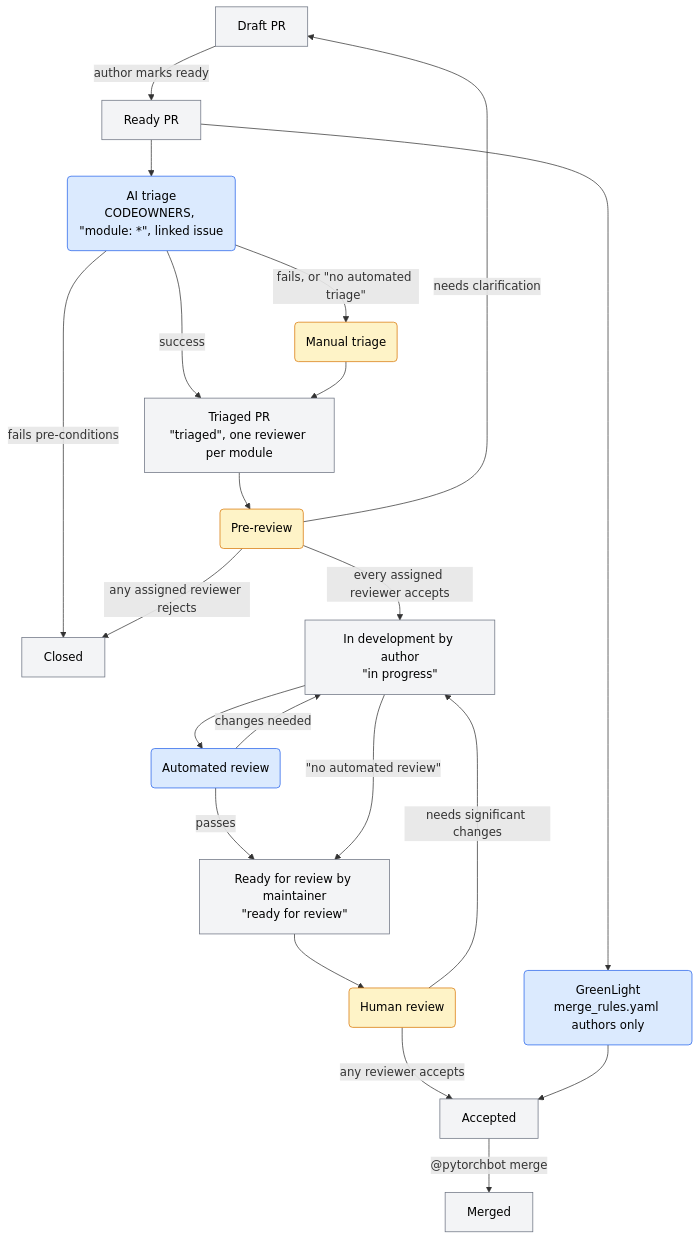
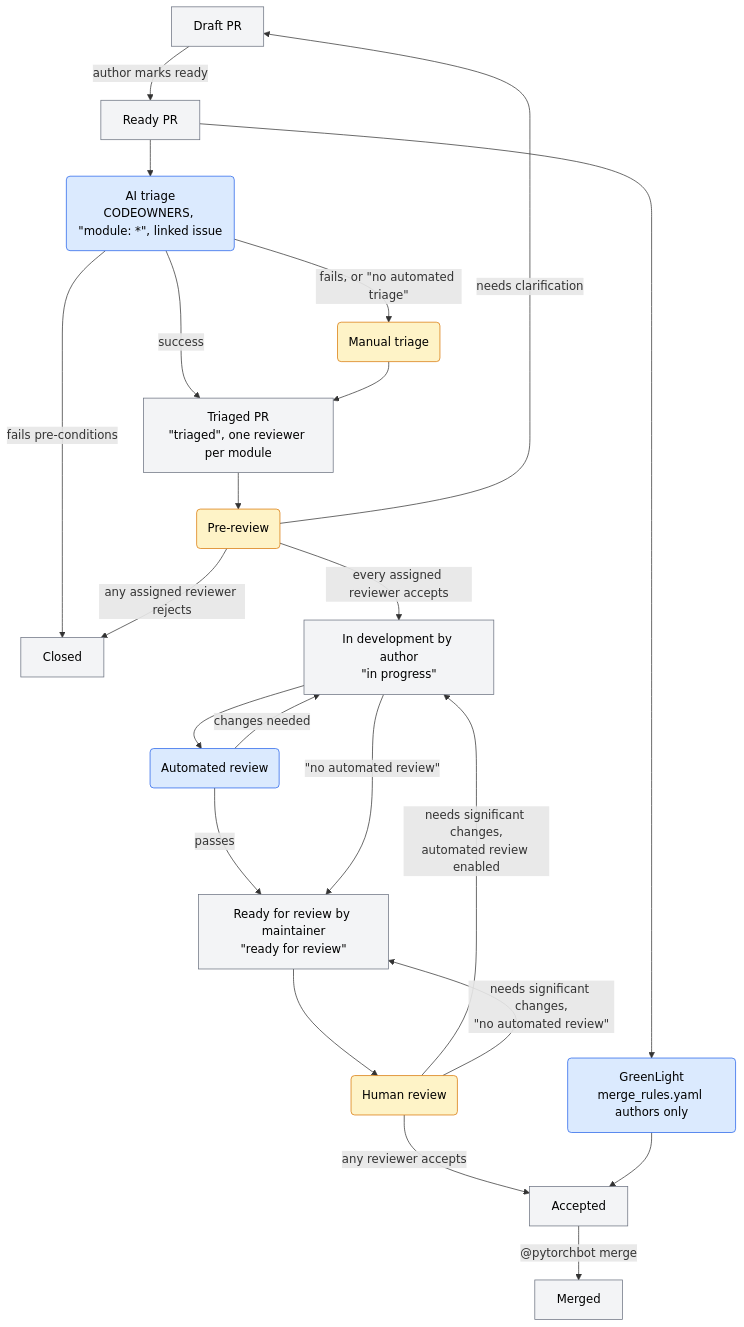
One commit to pytorch/pytorch changed the second of 2 diagrams in CONTRIBUTING.md. Above: the diagram before and after it, drawn with Mermaid. The commit also changed other lines of this file, not shown here.

````diff
--- a/CONTRIBUTING.md
+++ b/CONTRIBUTING.md
@@ -125,26 +125,27 @@
 ```mermaid
 flowchart TD
     draft[Draft PR] -- author marks ready --> ready[Ready PR]
     ready --> ai("AI triage<br/>CODEOWNERS, #quot;module: *#quot;, linked issue")
     ai -- fails pre-conditions --> closed[Closed]
     ai -- success --> triaged["Triaged PR<br/>#quot;triaged#quot;, one reviewer per module"]
     ai -- "fails, or #quot;no automated triage#quot;" --> htriage(Manual triage) --> triaged
     triaged --> pre(Pre-review)
     pre -- any assigned reviewer rejects --> closed
     pre -- needs clarification --> draft
     pre -- every assigned reviewer accepts --> dev["In development by author<br/>#quot;in progress#quot;"]
     dev --> auto(Automated review) -- passes --> rfr["Ready for review by maintainer<br/>#quot;ready for review#quot;"]
     auto -- changes needed --> dev
     dev -- "#quot;no automated review#quot;" --> rfr
     rfr --> review(Human review)
-    review -- needs significant changes --> dev
+    review -- "needs significant changes,<br/>automated review enabled" --> dev
+    review -- "needs significant changes,<br/>#quot;no automated review#quot;" --> rfr
     review -- any reviewer accepts --> accepted[Accepted]
     ready --> gl("GreenLight<br/>merge_rules.yaml authors only") --> accepted
     accepted -- "@pytorchbot merge" --> merged[Merged]
     classDef state fill:#f3f4f6,stroke:#6b7280,color:#000
     classDef aiproc fill:#dbeafe,stroke:#2563eb,color:#000
     classDef humanproc fill:#fef3c7,stroke:#d97706,color:#000
     class draft,ready,closed,triaged,dev,rfr,accepted,merged state
     class ai,auto,gl aiproc
     class htriage,pre,review humanproc
 ```
````
